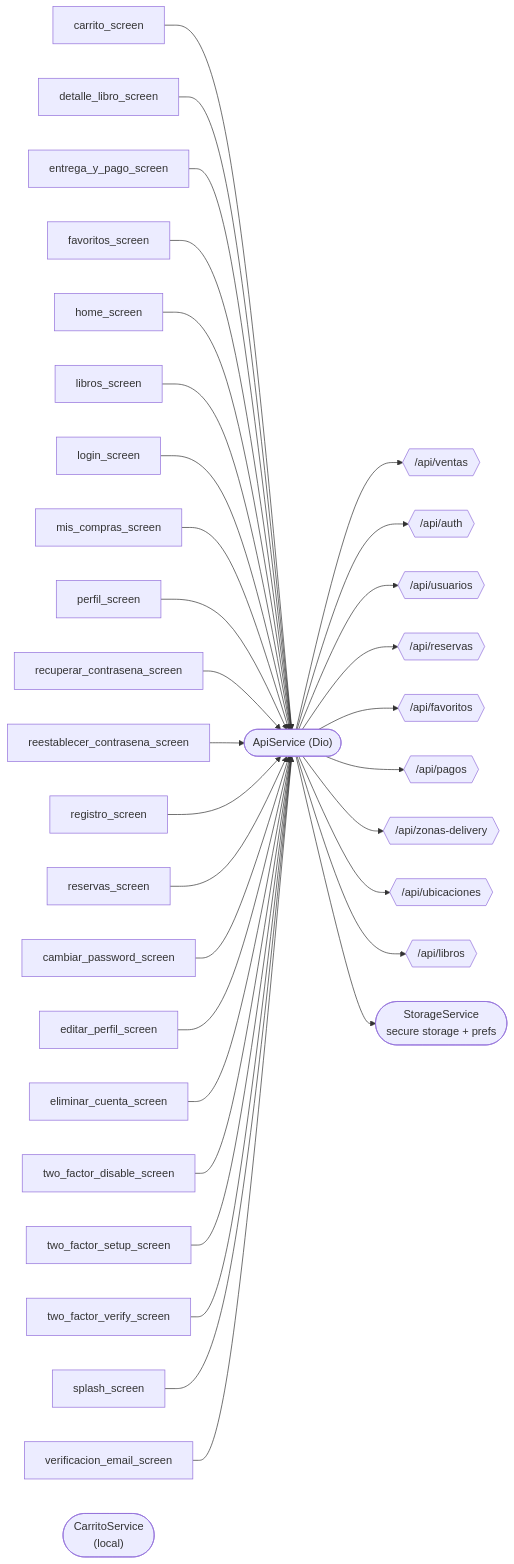
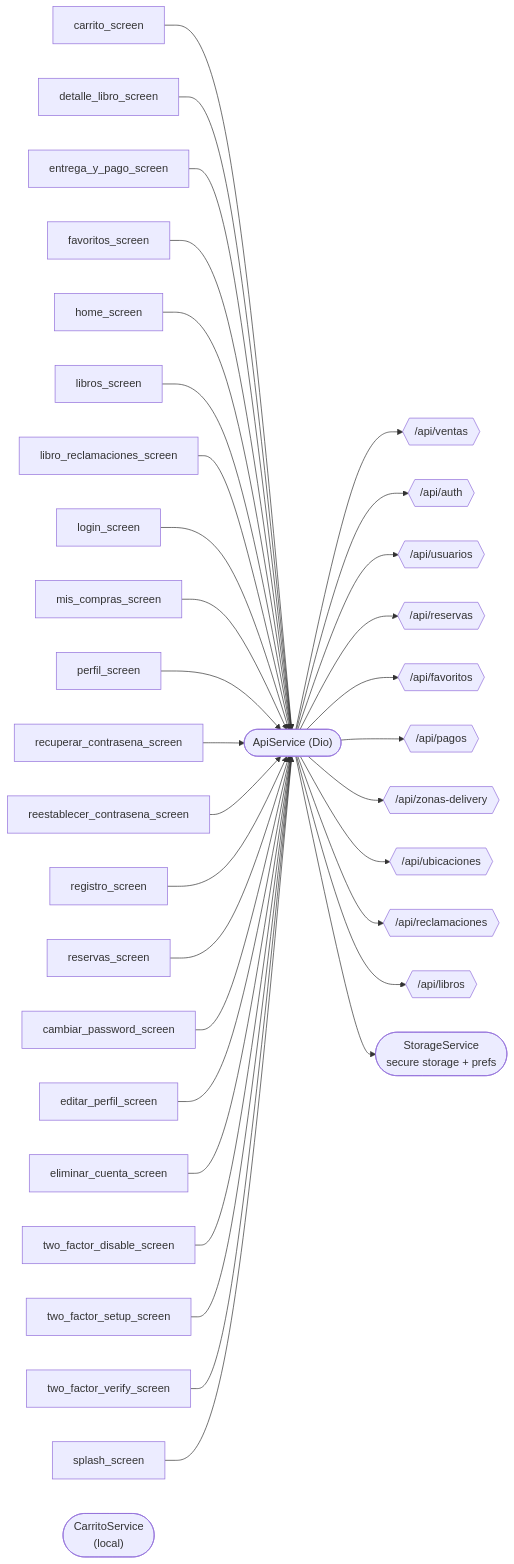
Before and after one commit to jimenezvegaedinson7-dot/librer-a: the diagram in docs/architecture/graphs/flutter.mmd, drawn with Mermaid. The commit also changed 21 other files, not shown here.

```diff
--- a/docs/architecture/graphs/flutter.mmd
+++ b/docs/architecture/graphs/flutter.mmd
@@ -1,36 +1,37 @@
-%% Generado 2026-10-07 desde el código real (actualizar-mapa.mjs)
+%% Generado 2026-10-08 desde el código real (actualizar-mapa.mjs)
 flowchart LR
     API(["ApiService (Dio)"])
     carrito_screen["carrito_screen"] --> API
     detalle_libro_screen["detalle_libro_screen"] --> API
     entrega_y_pago_screen["entrega_y_pago_screen"] --> API
     favoritos_screen["favoritos_screen"] --> API
     home_screen["home_screen"] --> API
     libros_screen["libros_screen"] --> API
+    libro_reclamaciones_screen["libro_reclamaciones_screen"] --> API
     login_screen["login_screen"] --> API
     mis_compras_screen["mis_compras_screen"] --> API
     perfil_screen["perfil_screen"] --> API
     recuperar_contrasena_screen["recuperar_contrasena_screen"] --> API
     reestablecer_contrasena_screen["reestablecer_contrasena_screen"] --> API
     registro_screen["registro_screen"] --> API
     reservas_screen["reservas_screen"] --> API
     cambiar_password_screen["cambiar_password_screen"] --> API
     editar_perfil_screen["editar_perfil_screen"] --> API
     eliminar_cuenta_screen["eliminar_cuenta_screen"] --> API
     two_factor_disable_screen["two_factor_disable_screen"] --> API
     two_factor_setup_screen["two_factor_setup_screen"] --> API
     two_factor_verify_screen["two_factor_verify_screen"] --> API
     splash_screen["splash_screen"] --> API
-    verificacion_email_screen["verificacion_email_screen"] --> API
     API --> _api_ventas{{"/api/ventas"}}
     API --> _api_auth{{"/api/auth"}}
     API --> _api_usuarios{{"/api/usuarios"}}
     API --> _api_reservas{{"/api/reservas"}}
     API --> _api_favoritos{{"/api/favoritos"}}
     API --> _api_pagos{{"/api/pagos"}}
     API --> _api_zonas_delivery{{"/api/zonas-delivery"}}
     API --> _api_ubicaciones{{"/api/ubicaciones"}}
+    API --> _api_reclamaciones{{"/api/reclamaciones"}}
     API --> _api_libros{{"/api/libros"}}
     STORE(["StorageService<br/>secure storage + prefs"])
     API --> STORE
     CARRITO(["CarritoService<br/>(local)"])
```
